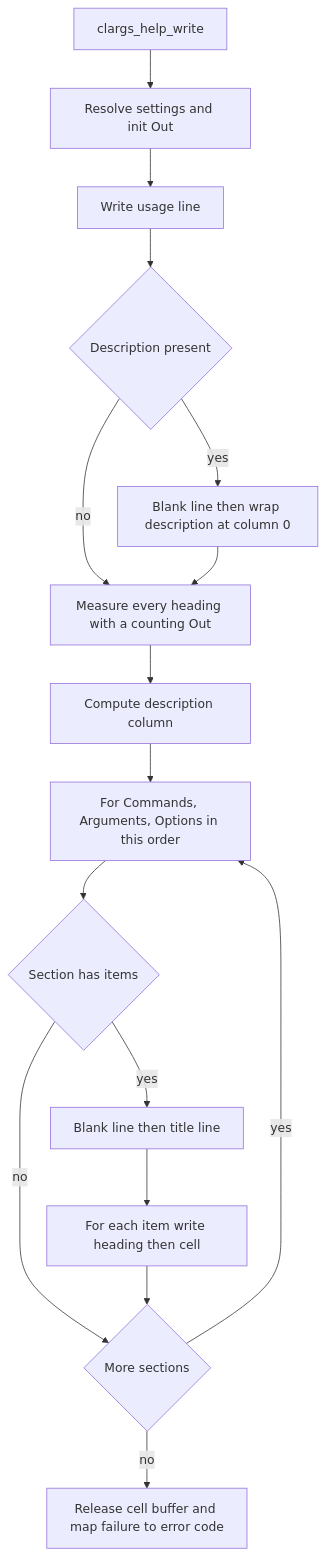
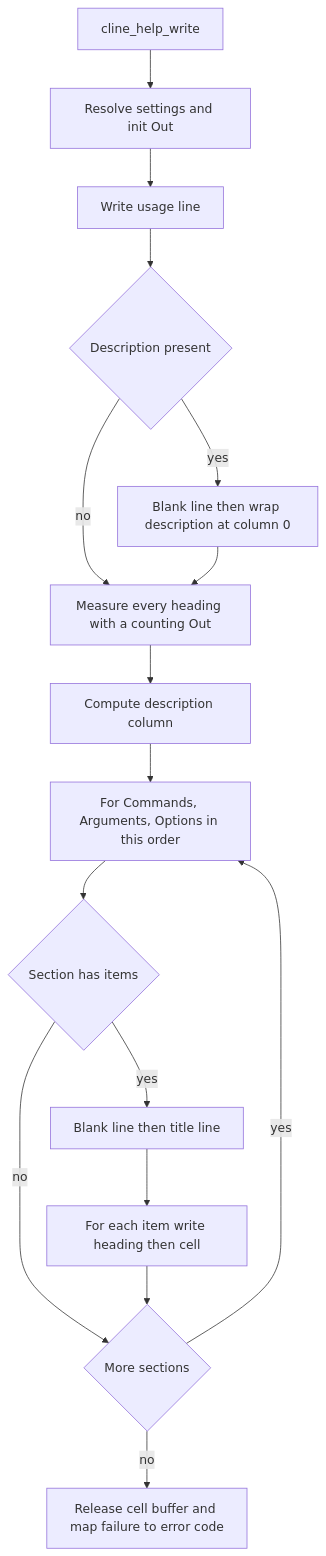
One commit to ktdevx/cargs changed the second of 2 diagrams in .kiro/specs/help-formatter/design.md. Above: the diagram before and after it, drawn with Mermaid. The commit also changed other lines of this file and 177 other files, not shown here.

First line of the commit message:
Rename project from CLArgs to CLine

````diff
--- a/.kiro/specs/help-formatter/design.md
+++ b/.kiro/specs/help-formatter/design.md
@@ -237,18 +237,18 @@
 ```mermaid
 flowchart TD
-    Start[clargs_help_write] --> Init[Resolve settings and init Out]
+    Start[cline_help_write] --> Init[Resolve settings and init Out]
     Init --> Usage[Write usage line]
     Usage --> Desc{Description present}
     Desc -- yes --> WriteDesc[Blank line then wrap description at column 0]
     Desc -- no --> Measure
     WriteDesc --> Measure[Measure every heading with a counting Out]
     Measure --> Column[Compute description column]
     Column --> Sections[For Commands, Arguments, Options in this order]
     Sections --> Empty{Section has items}
     Empty -- no --> Next
     Empty -- yes --> Title[Blank line then title line]
     Title --> Item[For each item write heading then cell]
     Item --> Next{More sections}
     Next -- yes --> Sections
     Next -- no --> Finish[Release cell buffer and map failure to error code]
 ```
````
